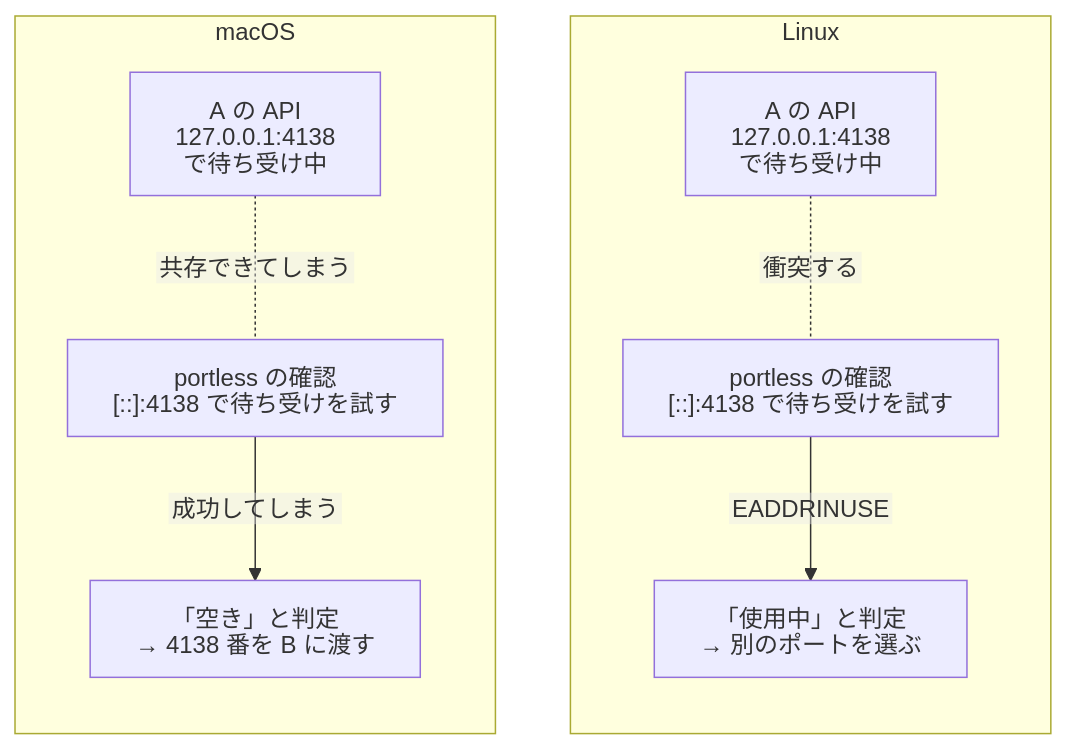
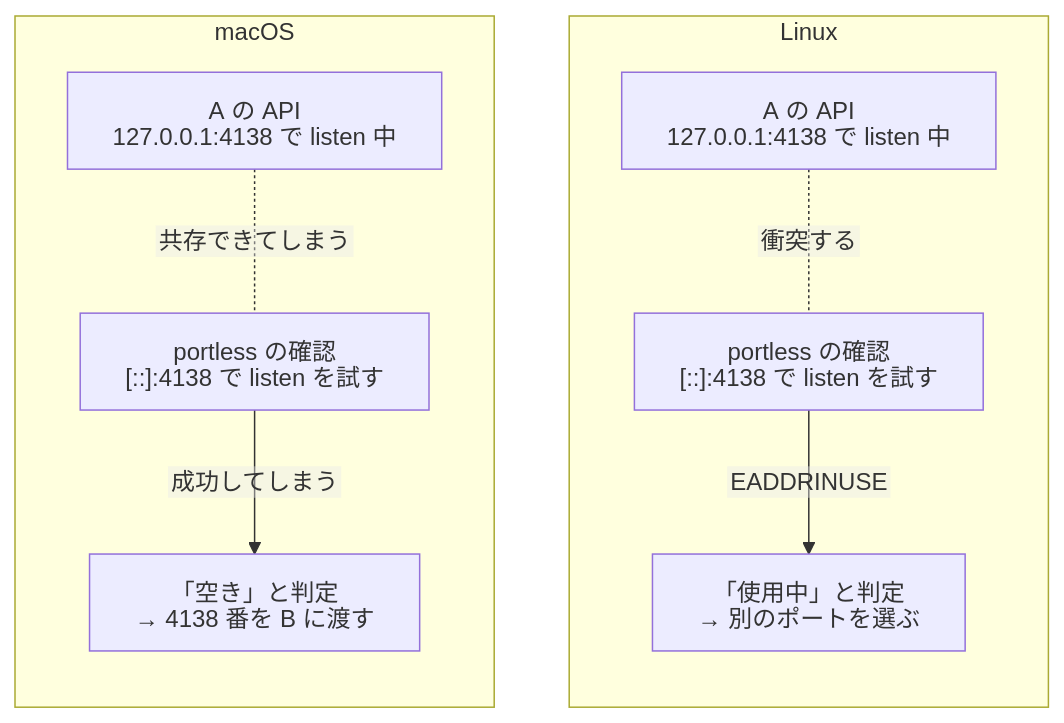
Diagram 18 of 22 in src/content/blog/worktree-isolation-clonefile-portless.mdx (rikukaInoue/rikukadev), drawn with Mermaid before and after one commit. The commit also changed other lines of this file, not shown here.

````diff
--- a/src/content/blog/worktree-isolation-clonefile-portless.mdx
+++ b/src/content/blog/worktree-isolation-clonefile-portless.mdx
@@ -755,21 +755,21 @@
 ```mermaid
 %%{init: {"htmlLabels": false, "flowchart": {"htmlLabels": false}}}%%
 flowchart LR
     subgraph mac["macOS"]
         direction TB
-        MA["A の API<br/>127.0.0.1:4138 で待ち受け中"]
-        MP["portless の確認<br/>[::]:4138 で待ち受けを試す"]
+        MA["A の API<br/>127.0.0.1:4138 で listen 中"]
+        MP["portless の確認<br/>[::]:4138 で listen を試す"]
         MP -->|成功してしまう| MR["「空き」と判定<br/>→ 4138 番を B に渡す"]
     end
 
     subgraph linux["Linux"]
         direction TB
-        LA["A の API<br/>127.0.0.1:4138 で待ち受け中"]
-        LP["portless の確認<br/>[::]:4138 で待ち受けを試す"]
+        LA["A の API<br/>127.0.0.1:4138 で listen 中"]
+        LP["portless の確認<br/>[::]:4138 で listen を試す"]
         LP -->|EADDRINUSE| LR["「使用中」と判定<br/>→ 別のポートを選ぶ"]
     end
 
     MA -.-|共存できてしまう| MP
     LA -.-|衝突する| LP
     mac ~~~ linux
 ```
````
